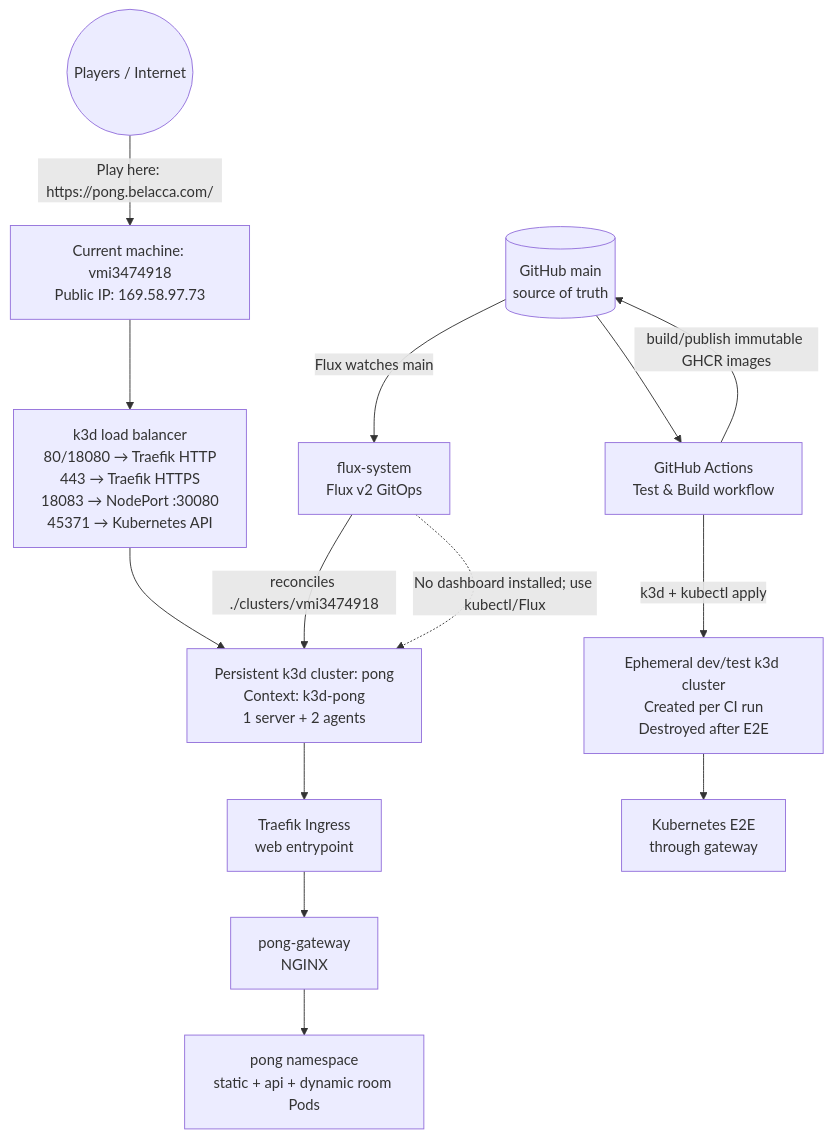
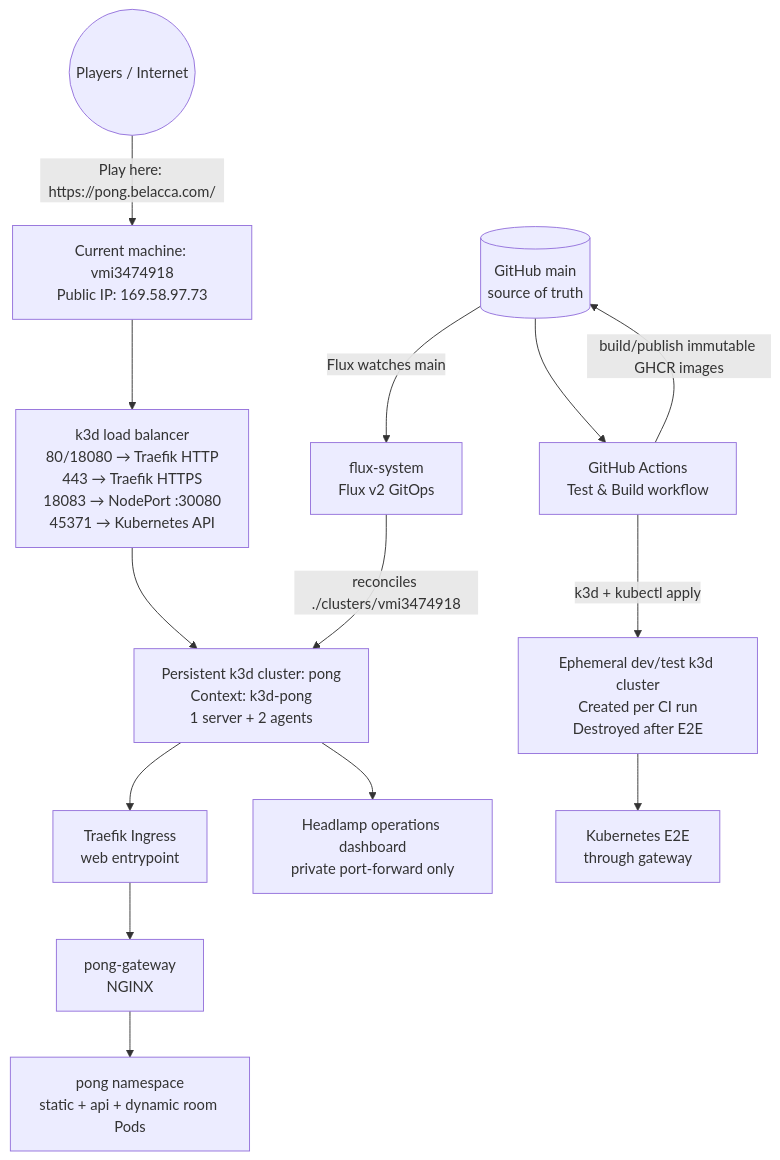
The diagram in README.md (macel94/cloudnativepong), drawn with Mermaid before and after one commit. The commit also changed other lines of this file and 35 other files, not shown here.

````diff
--- a/README.md
+++ b/README.md
@@ -122,24 +124,25 @@
 ```mermaid
 flowchart TB
     internet((Players / Internet))
     machine["Current machine: vmi3474918\nPublic IP: 169.58.97.73"]
     publicLB["k3d load balancer\n80/18080 → Traefik HTTP\n443 → Traefik HTTPS\n18083 → NodePort :30080\n45371 → Kubernetes API"]
     publicCluster["Persistent k3d cluster: pong\nContext: k3d-pong\n1 server + 2 agents"]
     traefik["Traefik Ingress\nweb entrypoint"]
     gateway["pong-gateway\nNGINX"]
     app["pong namespace\nstatic + api + dynamic room Pods"]
     flux["flux-system\nFlux v2 GitOps"]
     git[("GitHub main\nsource of truth")]
     actions["GitHub Actions\nTest & Build workflow"]
     ciCluster["Ephemeral dev/test k3d cluster\nCreated per CI run\nDestroyed after E2E"]
     ciApp["Kubernetes E2E\nthrough gateway"]
 
     internet -->|"Play here: https://pong.belacca.com/"| machine
     machine --> publicLB --> publicCluster
     publicCluster --> traefik --> gateway --> app
     git -->|"Flux watches main"| flux
     flux -->|"reconciles ./clusters/vmi3474918"| publicCluster
     git --> actions -->|"k3d + kubectl apply"| ciCluster --> ciApp
     actions -->|"build/publish immutable GHCR images"| git
-    flux -. "No dashboard installed; use kubectl/Flux" .-> publicCluster
+    dashboard["Headlamp operations dashboard\nprivate port-forward only"]
+    publicCluster --> dashboard
 ```
````
